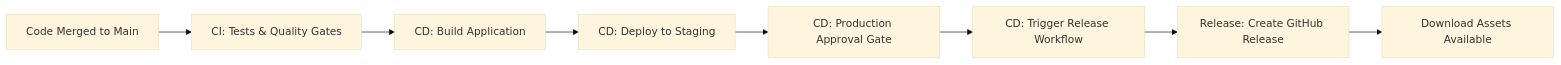
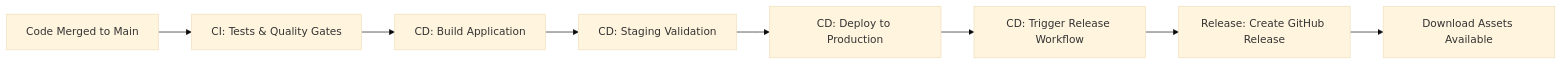
Before and after one commit to StargrrlMoonlight/SettingUpMcpServers: the diagram in WORKFLOW.md, drawn with Mermaid (base theme). The commit also changed other lines of this file and 4 other files, not shown here.

````diff
--- a/WORKFLOW.md
+++ b/WORKFLOW.md
@@ -8,10 +8,10 @@
 ```mermaid
 graph LR
     A[Code Merged to Main] --> B[CI: Tests & Quality Gates]
     B --> C[CD: Build Application]
-    C --> D[CD: Deploy to Staging]
-    D --> E[CD: Production Approval Gate]
+    C --> D[CD: Staging Validation]
+    D --> E[CD: Deploy to Production]
     E --> F[CD: Trigger Release Workflow]
     F --> G[Release: Create GitHub Release]
     G --> H[Download Assets Available]
 ```
````
